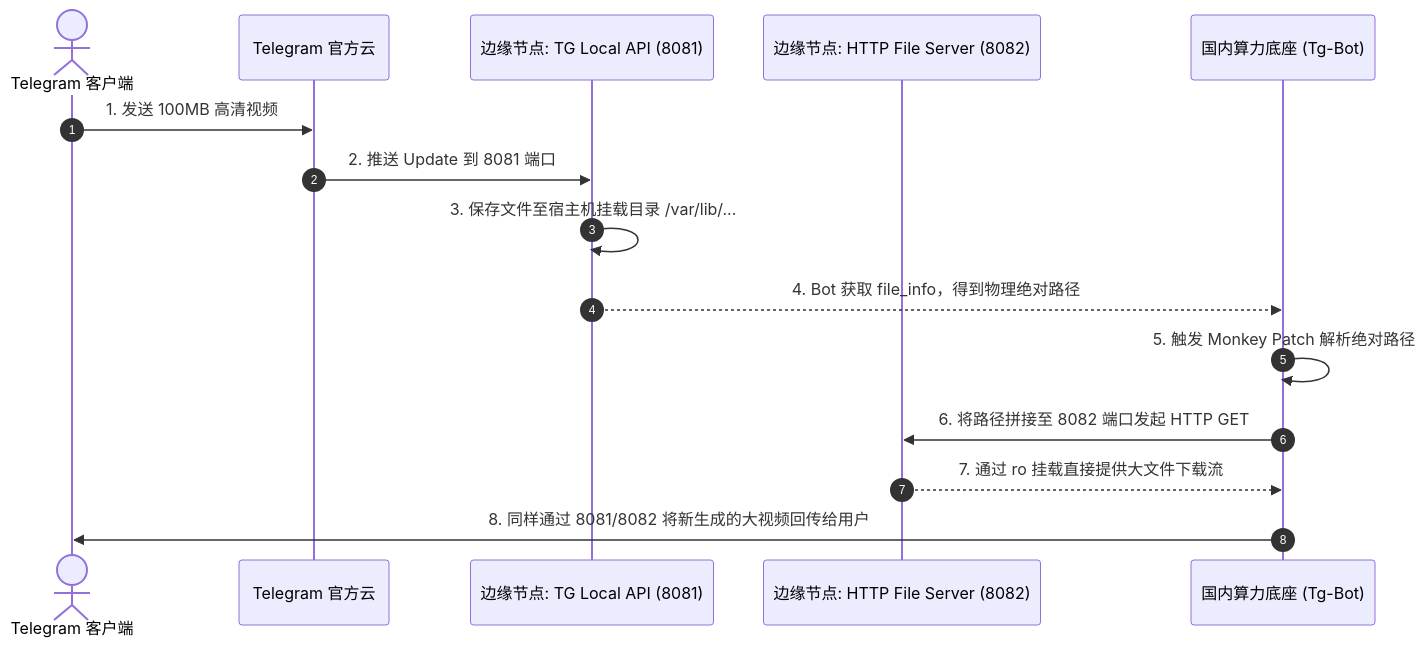
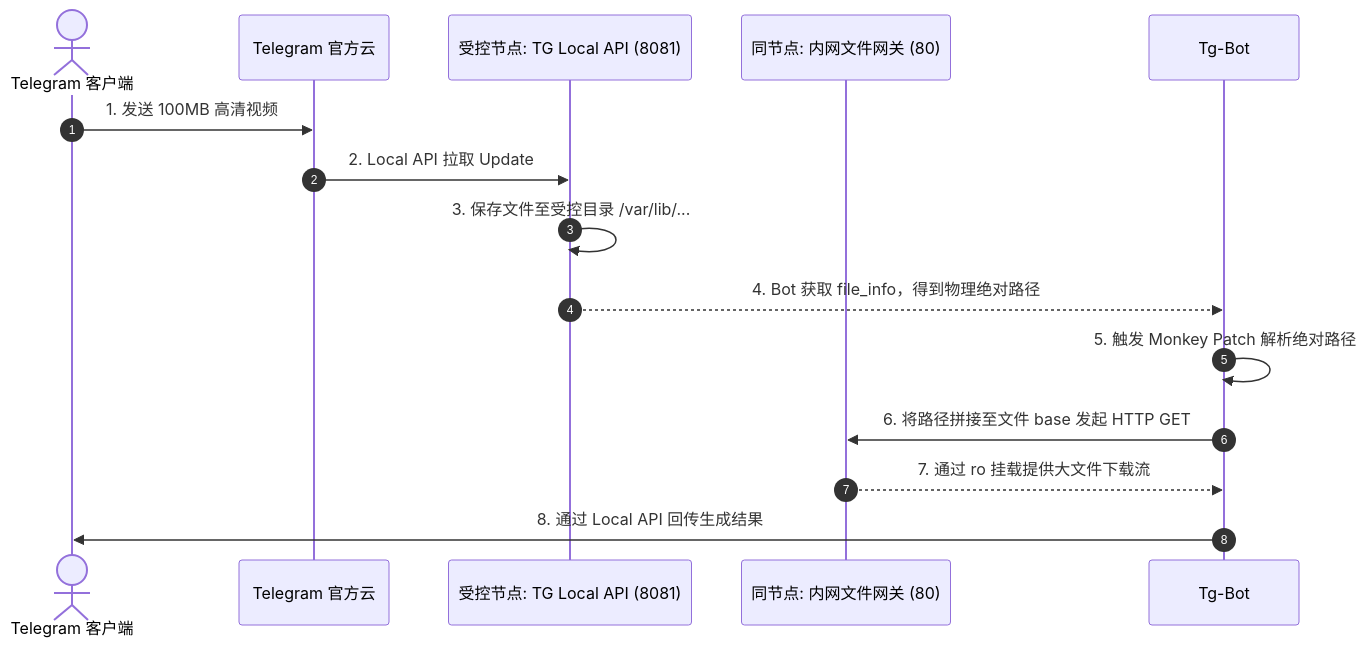
The diagram in docs/子模块_Telegram本地API与文件代理_tg_local_api.md (giraffu/All_bot), drawn with Mermaid before and after one commit. The commit also changed other lines of this file and 11 other files, not shown here.

Commit message:
feat: add cloud-local Telegram Bot API modules

````diff
--- a/docs/子模块_Telegram本地API与文件代理_tg_local_api.md
+++ b/docs/子模块_Telegram本地API与文件代理_tg_local_api.md
@@ -19,18 +22,18 @@
 ```mermaid
 sequenceDiagram
     autonumber
     actor U as Telegram 客户端
     participant TG_Cloud as Telegram 官方云
-    participant VPS_API as 边缘节点: TG Local API (8081)
-    participant VPS_File as 边缘节点: HTTP File Server (8082)
-    participant Bot as 国内算力底座 (Tg-Bot)
+    participant Local_API as 受控节点: TG Local API (8081)
+    participant Local_File as 同节点: 内网文件网关 (80)
+    participant Bot as Tg-Bot
 
     U->>TG_Cloud: 1. 发送 100MB 高清视频
-    TG_Cloud->>VPS_API: 2. 推送 Update 到 8081 端口
-    VPS_API->>VPS_API: 3. 保存文件至宿主机挂载目录 /var/lib/...
-    VPS_API-->>Bot: 4. Bot 获取 file_info，得到物理绝对路径
+    TG_Cloud->>Local_API: 2. Local API 拉取 Update
+    Local_API->>Local_API: 3. 保存文件至受控目录 /var/lib/...
+    Local_API-->>Bot: 4. Bot 获取 file_info，得到物理绝对路径
     Bot->>Bot: 5. 触发 Monkey Patch 解析绝对路径
-    Bot->>VPS_File: 6. 将路径拼接至 8082 端口发起 HTTP GET
-    VPS_File-->>Bot: 7. 通过 ro 挂载直接提供大文件下载流
-    Bot->>U: 8. 同样通过 8081/8082 将新生成的大视频回传给用户
+    Bot->>Local_File: 6. 将路径拼接至文件 base 发起 HTTP GET
+    Local_File-->>Bot: 7. 通过 ro 挂载提供大文件下载流
+    Bot->>U: 8. 通过 Local API 回传生成结果
 ```
````
